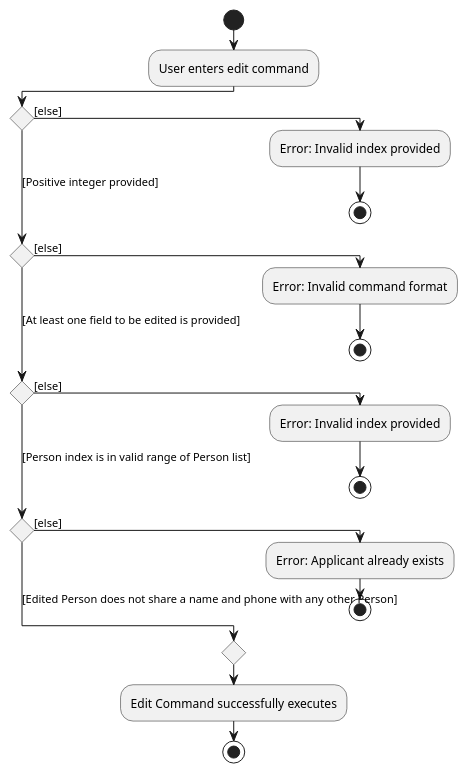
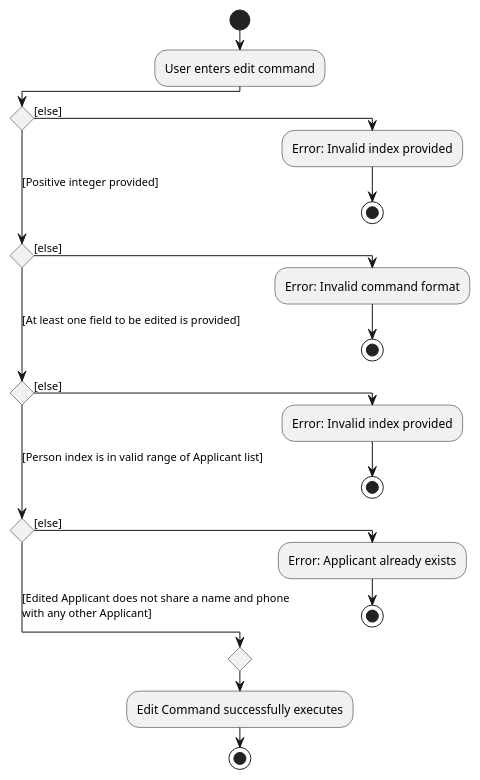
Before and after one commit to nus-cs2103-AY2223S2/tp: the diagram in docs/diagrams/EditApplicantActivityDiagram.puml, drawn with PlantUML. The commit also changed 1 other file, not shown here.

Commit message:
Fix diagram mistakes

```diff
--- a/docs/diagrams/EditApplicantActivityDiagram.puml
+++ b/docs/diagrams/EditApplicantActivityDiagram.puml
@@ -1,21 +1,22 @@
 @startuml
 !pragma useVerticalIf on
 start
 :User enters edit command;
 if () then ([else])
   :Error: Invalid index provided;
   stop
 ([Positive integer provided]) elseif () then ([else])
   :Error: Invalid command format;
   stop
 ([At least one field to be edited is provided]) elseif () then ([else])
     :Error: Invalid index provided;
     stop
-([Person index is in valid range of Person list]) elseif () then ([else])
+([Person index is in valid range of Applicant list]) elseif () then ([else])
     :Error: Applicant already exists;
     stop
-else ([Edited Person does not share a name and phone with any other Person])
+else ([Edited Applicant does not share a name and phone
+with any other Applicant])
 endif
 :Edit Command successfully executes;
 stop
 @enduml
```
